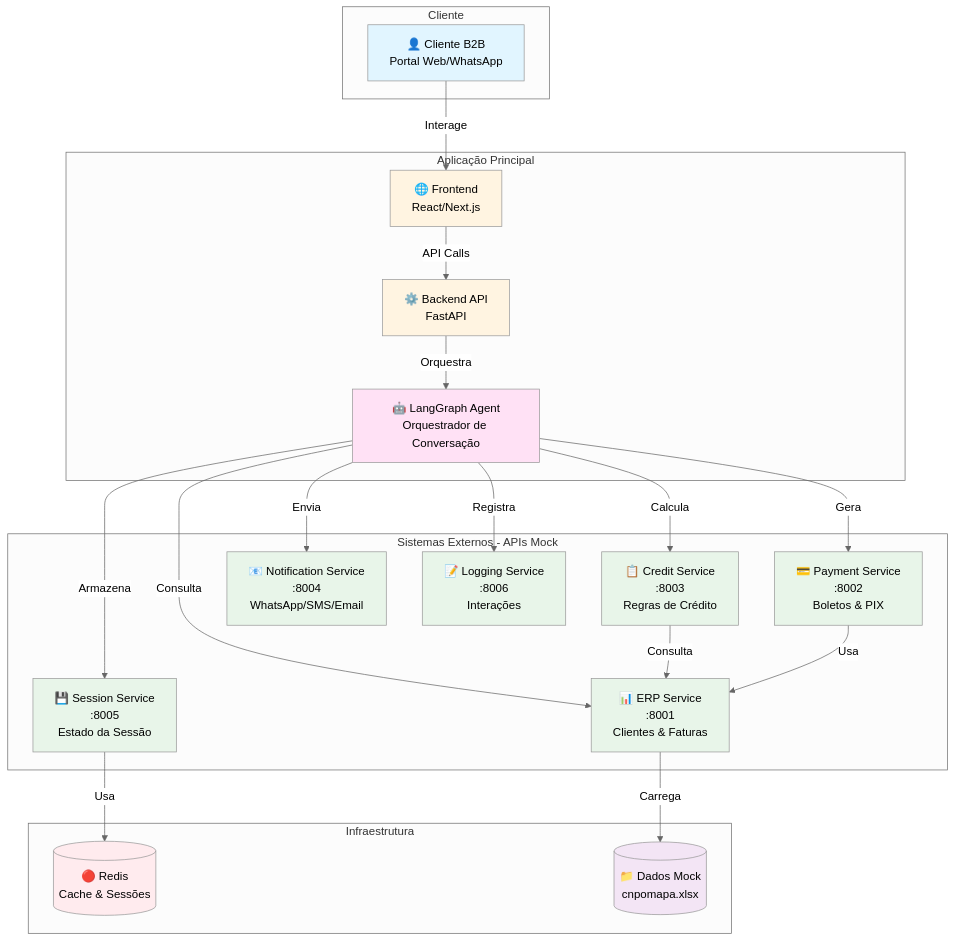
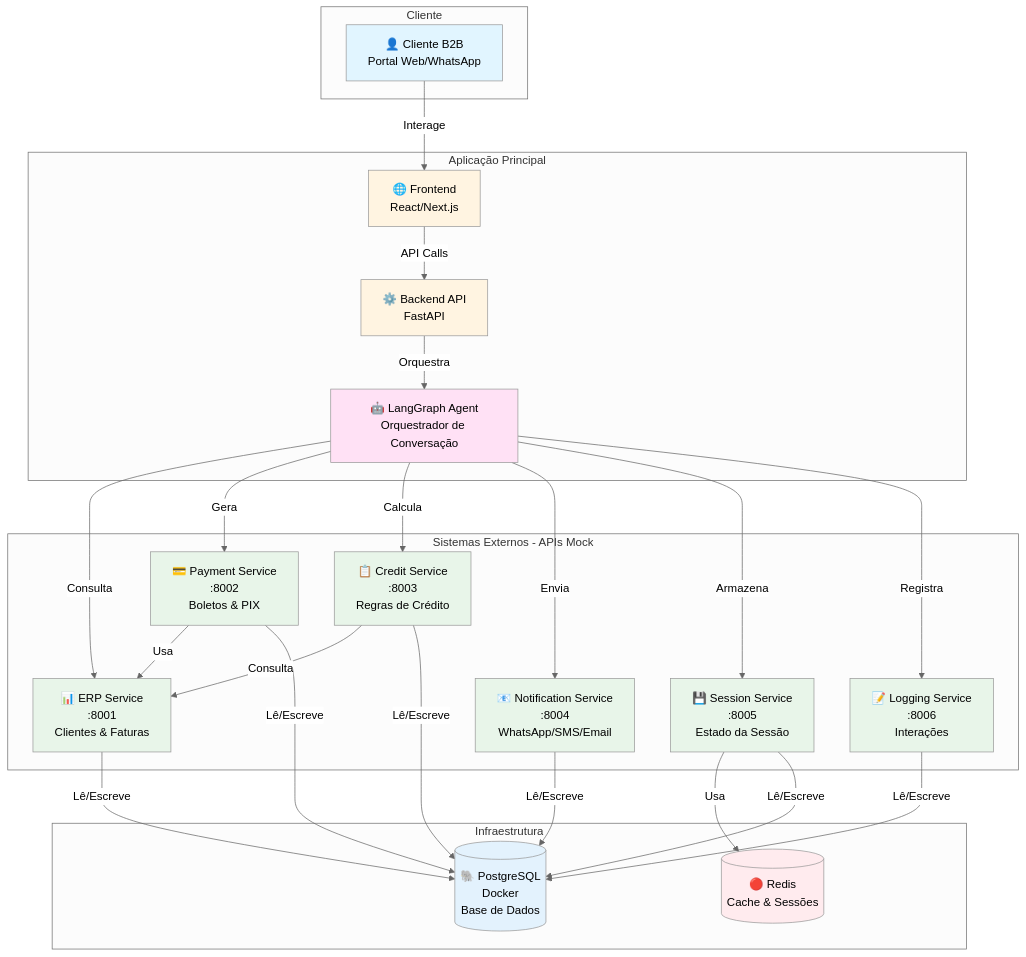
Before and after one commit to mpraes/safraboleto: the diagram in README.md, drawn with Mermaid (neutral theme). The commit also changed other lines of this file and 2 other files, not shown here.

Commit message:
atualizando a documentação com postgresql/docker

````diff
--- a/README.md
+++ b/README.md
@@ -11,55 +11,60 @@
 ```mermaid
 graph TB
     subgraph "Cliente"
         User[👤 Cliente B2B<br/>Portal Web/WhatsApp]
     end
     
     subgraph "Aplicação Principal"
         Frontend[🌐 Frontend<br/>React/Next.js]
         Backend[⚙️ Backend API<br/>FastAPI]
         Agent[🤖 LangGraph Agent<br/>Orquestrador de Conversação]
     end
     
     subgraph "Sistemas Externos - APIs Mock"
         ERP[📊 ERP Service<br/>:8001<br/>Clientes & Faturas]
         Payment[💳 Payment Service<br/>:8002<br/>Boletos & PIX]
         Credit[📋 Credit Service<br/>:8003<br/>Regras de Crédito]
         Notification[📧 Notification Service<br/>:8004<br/>WhatsApp/SMS/Email]
         Session[💾 Session Service<br/>:8005<br/>Estado da Sessão]
         Logging[📝 Logging Service<br/>:8006<br/>Interações]
     end
     
     subgraph "Infraestrutura"
         Redis[(🔴 Redis<br/>Cache & Sessões)]
-        MockData[(📁 Dados Mock<br/>cnpomapa.xlsx)]
+        PostgreSQL[(🐘 PostgreSQL<br/>Docker<br/>Base de Dados)]
     end
     
     User -->|Interage| Frontend
     Frontend -->|API Calls| Backend
     Backend -->|Orquestra| Agent
     
     Agent -->|Consulta| ERP
     Agent -->|Gera| Payment
     Agent -->|Calcula| Credit
     Agent -->|Envia| Notification
     Agent -->|Armazena| Session
     Agent -->|Registra| Logging
     
     Credit -->|Consulta| ERP
     Payment -->|Usa| ERP
     Session -->|Usa| Redis
-    ERP -->|Carrega| MockData
+    ERP -->|Lê/Escreve| PostgreSQL
+    Payment -->|Lê/Escreve| PostgreSQL
+    Credit -->|Lê/Escreve| PostgreSQL
+    Notification -->|Lê/Escreve| PostgreSQL
+    Session -->|Lê/Escreve| PostgreSQL
+    Logging -->|Lê/Escreve| PostgreSQL
     
     style User fill:#e1f5ff
     style Frontend fill:#fff4e1
     style Backend fill:#fff4e1
     style Agent fill:#ffe1f5
     style ERP fill:#e8f5e9
     style Payment fill:#e8f5e9
     style Credit fill:#e8f5e9
     style Notification fill:#e8f5e9
     style Session fill:#e8f5e9
     style Logging fill:#e8f5e9
     style Redis fill:#ffebee
-    style MockData fill:#f3e5f5
+    style PostgreSQL fill:#e3f2fd
 ```
````
